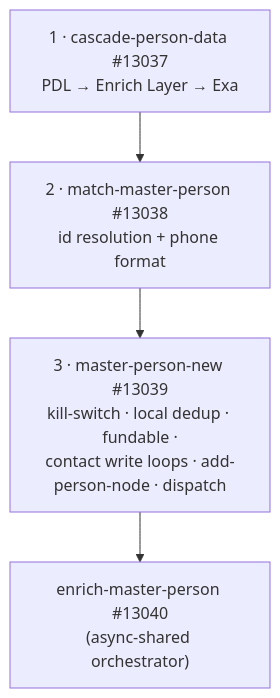
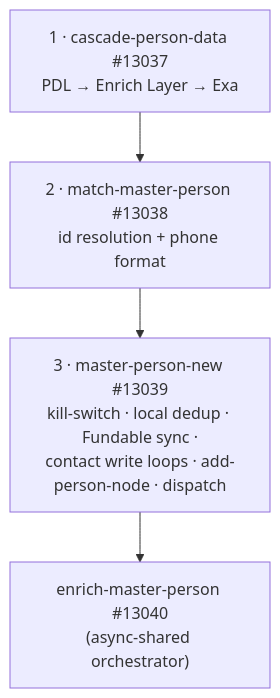
The first of 6 diagrams in guides/enrichment/waterfall/person-enrichment-phases.mdx (M-Pederson/docs), drawn with Mermaid before and after one commit. The commit also changed other lines of this file and 4 other files, not shown here.

````diff
--- a/guides/enrichment/waterfall/person-enrichment-phases.mdx
+++ b/guides/enrichment/waterfall/person-enrichment-phases.mdx
@@ -22,6 +22,6 @@
 ```mermaid
 graph TD
     A["1 · cascade-person-data #13037<br/>PDL → Enrich Layer → Exa"] --> B["2 · match-master-person #13038<br/>id resolution + phone format"]
-    B --> C["3 · master-person-new #13039<br/>kill-switch · local dedup · fundable ·<br/>contact write loops · add-person-node · dispatch"]
+    B --> C["3 · master-person-new #13039<br/>kill-switch · local dedup · Fundable sync ·<br/>contact write loops · add-person-node · dispatch"]
     C --> D["enrich-master-person #13040<br/>(async-shared orchestrator)"]
 ```
````
